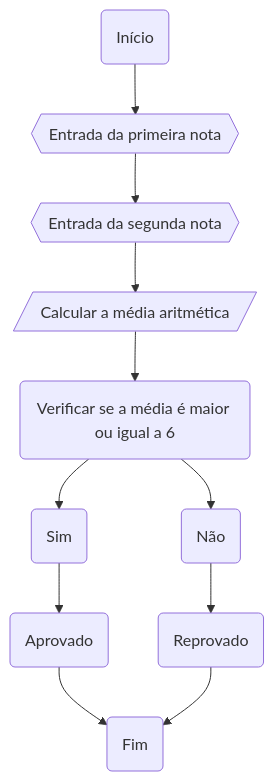
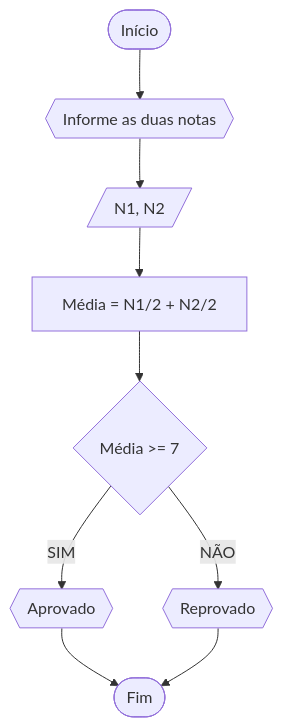
One commit to cauaaguiar/unifor- changed the first of 4 diagrams in RLA/unidade 1/lista1.md. Above: the diagram before and after it, drawn with Mermaid. The commit also changed other lines of this file, not shown here.

````diff
--- a/RLA/unidade 1/lista1.md
+++ b/RLA/unidade 1/lista1.md
@@ -11,13 +11,11 @@
 ```mermaid
 flowchart TD
-    A(Início) --> B{{Entrada da primeira nota}}
-    B --> C{{Entrada da segunda nota}};
-    C --> D[/Calcular a média aritmética/];
-    D --> E(Verificar se a média é maior ou igual a 6);
-    E --> F(Sim);
-    F --> G(Aprovado)
-    G --> H(FIM)
-    E --> I(Não)
-    I --> J(Reprovado)
-    J --> H(Fim)
- ```
+A([Início])-->B{{Informe as duas notas}}
+B-->C[/N1, N2/]
+C-->D[Média = N1/2 + N2/2]
+D-->E{Média >= 7}
+E--SIM-->F{{Aprovado}}
+E--NÃO-->G{{Reprovado}}
+F-->H([Fim])
+G-->H([Fim])
+```
````
